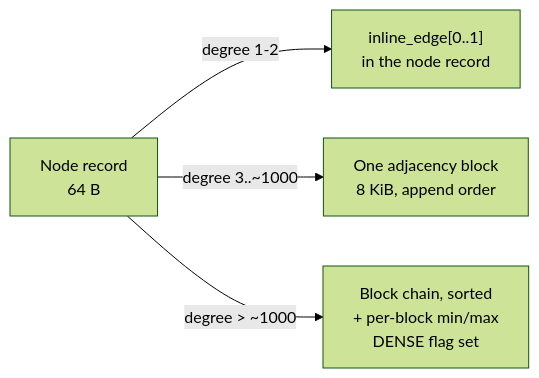
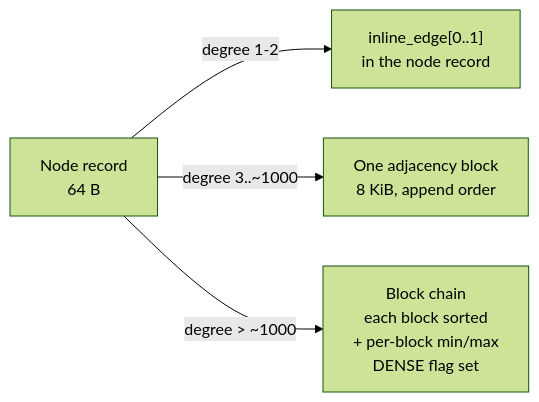
The diagram in spec/RELATIONSHIP_STORAGE.md (metaloom/metaloom-graph), drawn with Mermaid (forest theme) before and after one commit. The commit also changed other lines of this file and 28 other files, not shown here.

````diff
--- a/spec/RELATIONSHIP_STORAGE.md
+++ b/spec/RELATIONSHIP_STORAGE.md
@@ -32,6 +32,6 @@
 ```mermaid
 graph LR
     N["Node record<br/>64 B"] -->|degree 1-2| I["inline_edge[0..1]<br/>in the node record"]
     N -->|degree 3..~1000| B1["One adjacency block<br/>8 KiB, append order"]
-    N -->|degree > ~1000| D["Block chain, sorted<br/>+ per-block min/max<br/>DENSE flag set"]
+    N -->|degree > ~1000| D["Block chain<br/>each block sorted<br/>+ per-block min/max<br/>DENSE flag set"]
 ```
````
